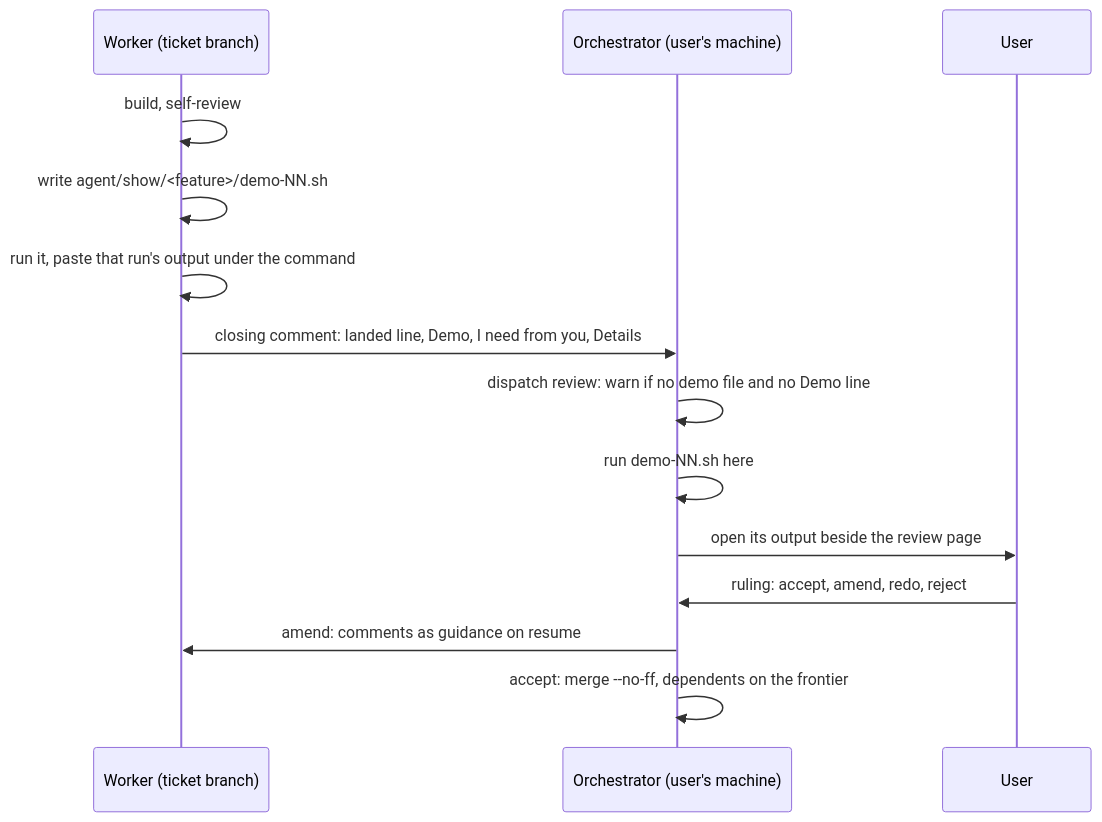
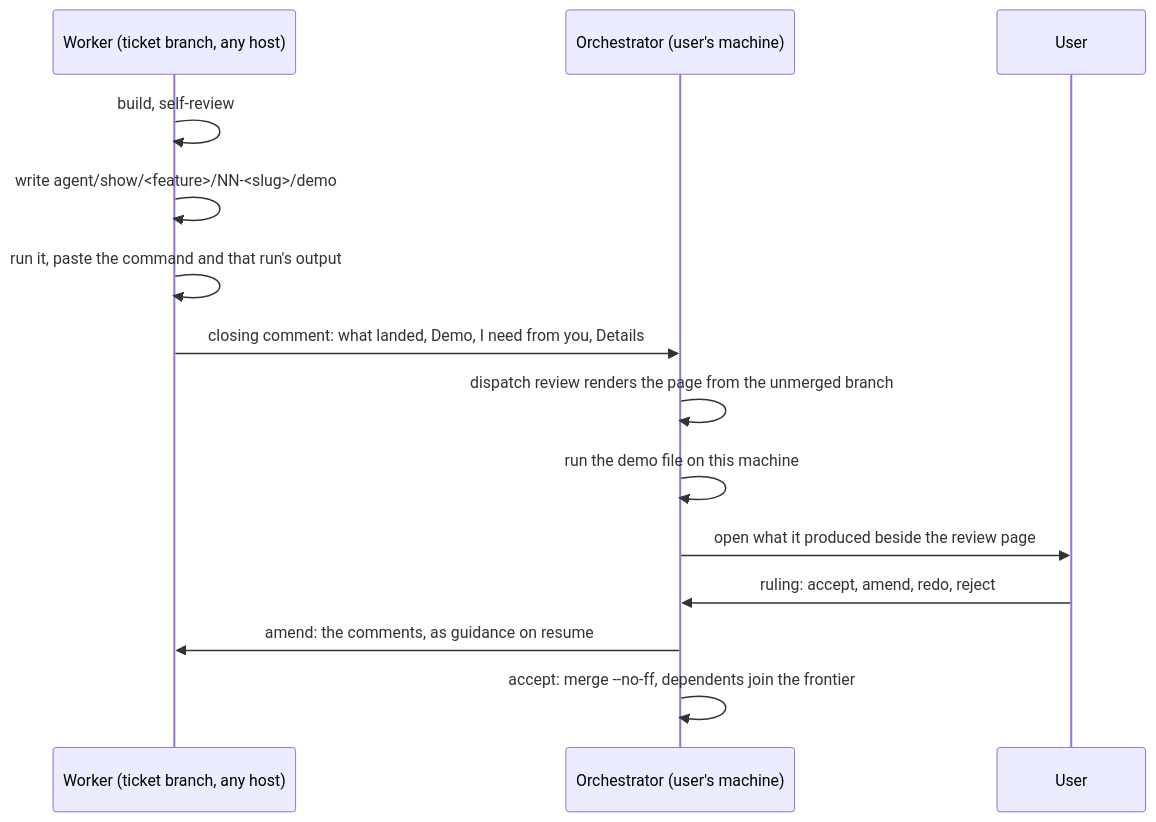
One commit to MaxWolf-01/agents changed the diagram in agent/show/figures-and-demos/landing.mmd. Above: the diagram before and after it, drawn with Mermaid. The commit also changed 2 other files, not shown here.

Commit message:
figures-and-demos: the landing figure redrawn to the round-5 design
The figure had kept the dropped landing warning and the demo-NN.sh name through two rounds, which the spec's own re-render rule forbids; the user caught it on the render. The README gets this figure once the tickets land.

Workflow-stage: grill

Claude-Session: https://claude.ai/code/session_0192u2csz54ft2r9m2MJiC8e

```diff
--- a/agent/show/figures-and-demos/landing.mmd
+++ b/agent/show/figures-and-demos/landing.mmd
@@ -1,14 +1,14 @@
 sequenceDiagram
-    participant W as Worker (ticket branch)
+    participant W as Worker (ticket branch, any host)
     participant O as Orchestrator (user's machine)
     participant U as User
     W->>W: build, self-review
-    W->>W: write agent/show/<feature>/demo-NN.sh
-    W->>W: run it, paste that run's output under the command
-    W->>O: closing comment: landed line, Demo, I need from you, Details
-    O->>O: dispatch review: warn if no demo file and no Demo line
-    O->>O: run demo-NN.sh here
-    O->>U: open its output beside the review page
+    W->>W: write agent/show/<feature>/NN-<slug>/demo
+    W->>W: run it, paste the command and that run's output
+    W->>O: closing comment: what landed, Demo, I need from you, Details
+    O->>O: dispatch review renders the page from the unmerged branch
+    O->>O: run the demo file on this machine
+    O->>U: open what it produced beside the review page
     U->>O: ruling: accept, amend, redo, reject
-    O->>W: amend: comments as guidance on resume
-    O->>O: accept: merge --no-ff, dependents on the frontier
+    O->>W: amend: the comments, as guidance on resume
+    O->>O: accept: merge --no-ff, dependents join the frontier
```
